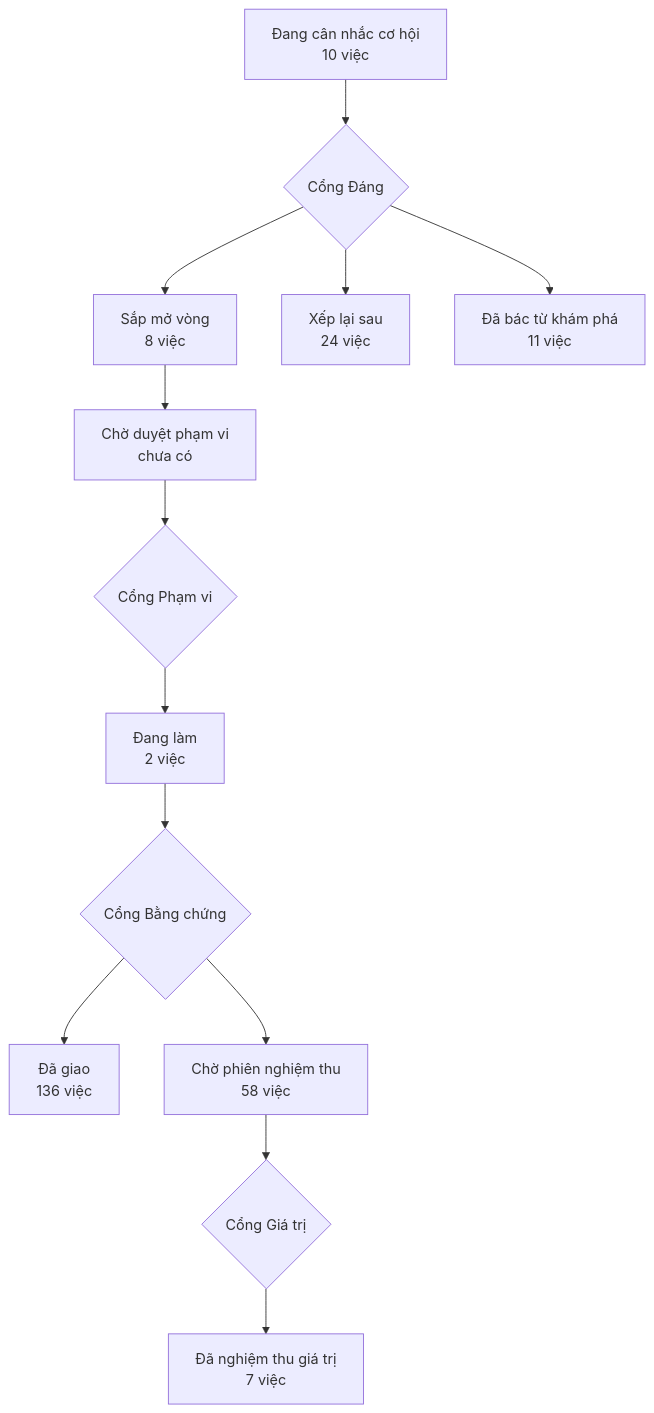
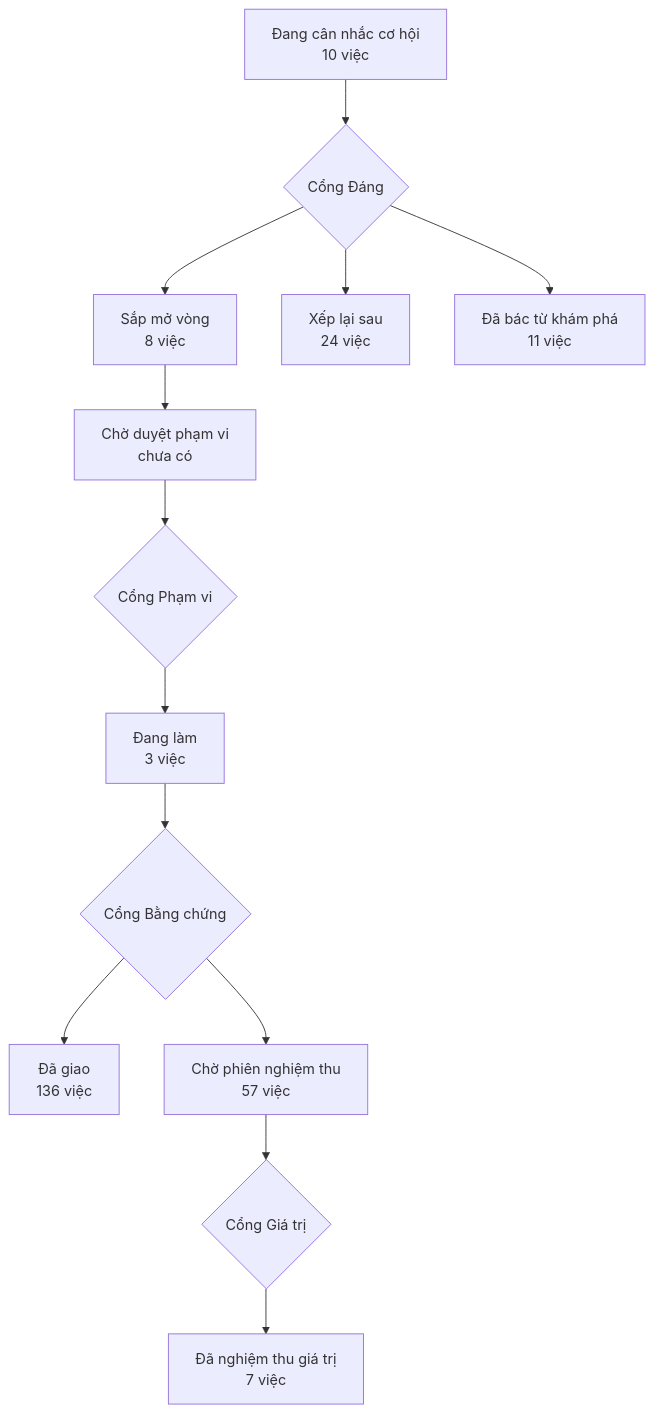
One commit to phanlemanh/acceptance-gate-kit changed the diagram in PRODUCT-MAP.md. Above: the diagram before and after it, drawn with Mermaid. The commit also changed 1 other file, not shown here.

Commit message:
chore(product-map): vẽ lại bản đồ sau khi hồ sơ danh-thuc-doc-nhip-dung-ma về implemented

````diff
--- a/PRODUCT-MAP.md
+++ b/PRODUCT-MAP.md
@@ -7,12 +7,12 @@
 ```mermaid
 flowchart TD
   A["Đang cân nhắc cơ hội<br/>10 việc"] --> GD{"Cổng Đáng"}
   GD --> B["Sắp mở vòng<br/>8 việc"]
   GD --> XL["Xếp lại sau<br/>24 việc"]
   GD --> DB["Đã bác từ khám phá<br/>11 việc"]
   B --> CD["Chờ duyệt phạm vi<br/>chưa có"] --> GP{"Cổng Phạm vi"}
-  GP --> DL["Đang làm<br/>2 việc"] --> GB{"Cổng Bằng chứng"}
+  GP --> DL["Đang làm<br/>3 việc"] --> GB{"Cổng Bằng chứng"}
   GB --> DG["Đã giao<br/>136 việc"]
-  GB --> CN["Chờ phiên nghiệm thu<br/>58 việc"] --> GG{"Cổng Giá trị"}
+  GB --> CN["Chờ phiên nghiệm thu<br/>57 việc"] --> GG{"Cổng Giá trị"}
   GG --> NT["Đã nghiệm thu giá trị<br/>7 việc"]
 ```
````
